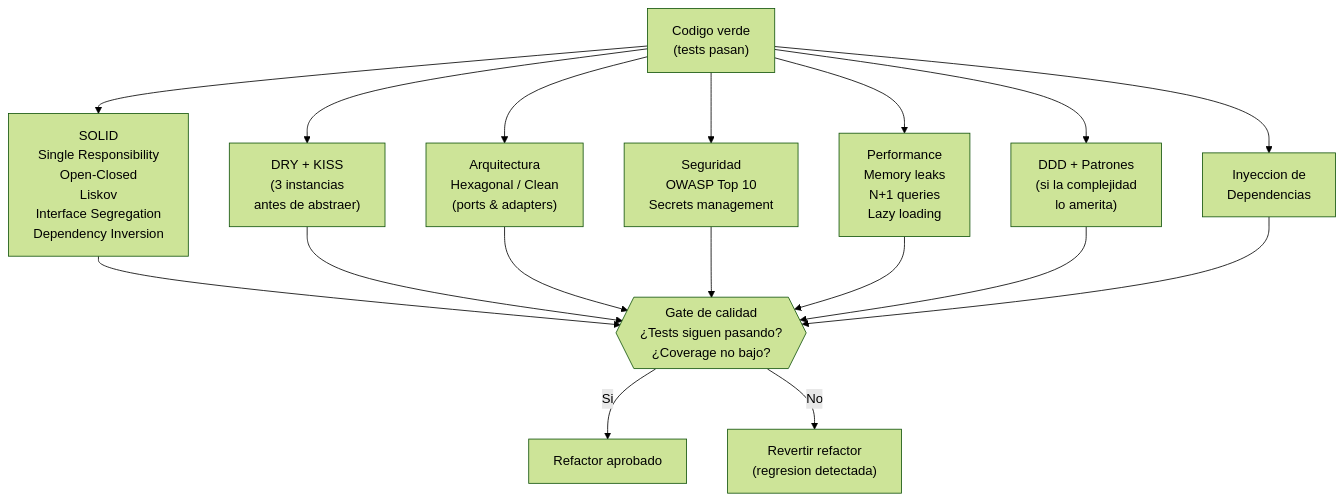
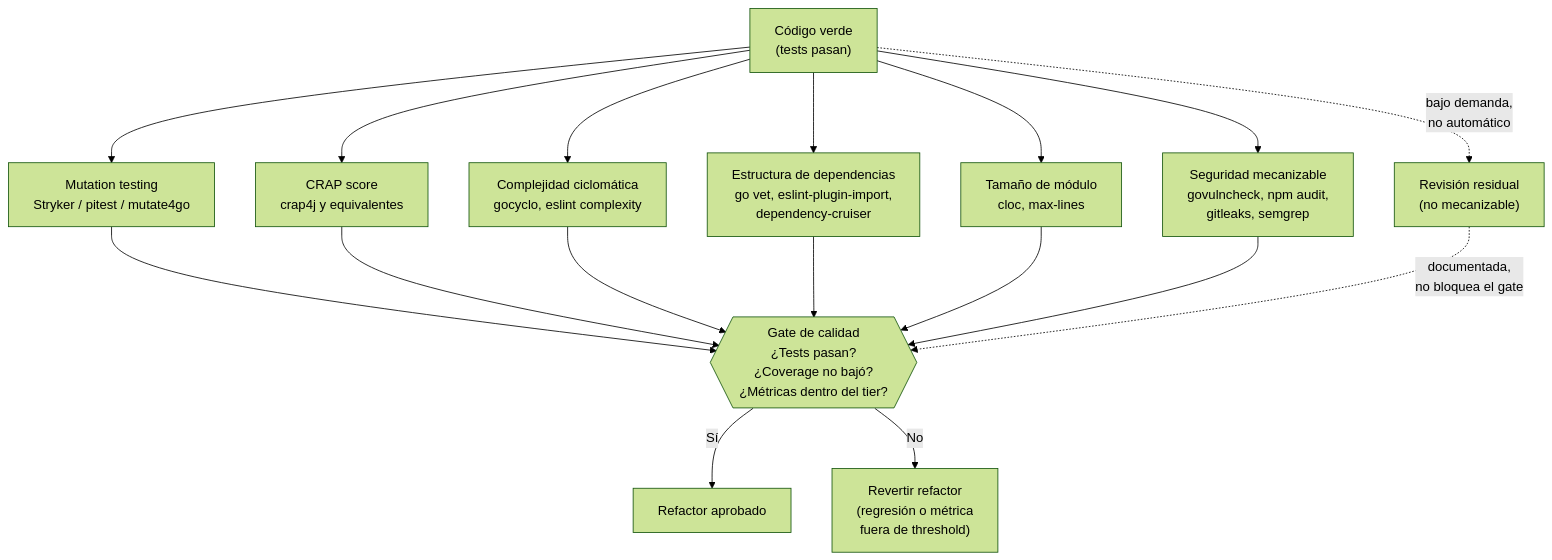
The diagram in docs/execution/refactor.md (virgenherrera/idea-to-mvp), drawn with Mermaid (forest theme) before and after one commit. The commit also changed other lines of this file and 10 other files, not shown here.

````diff
--- a/docs/execution/refactor.md
+++ b/docs/execution/refactor.md
@@ -38,24 +52,25 @@
 ```mermaid
 flowchart TD
-    CODE["Codigo verde\n(tests pasan)"]
+    CODE["Código verde\n(tests pasan)"]
 
-    CODE --> SOLID["SOLID\nSingle Responsibility\nOpen-Closed\nLiskov\nInterface Segregation\nDependency Inversion"]
-    CODE --> DRY_KISS["DRY + KISS\n(3 instancias\nantes de abstraer)"]
-    CODE --> ARCH["Arquitectura\nHexagonal / Clean\n(ports & adapters)"]
-    CODE --> SEC["Seguridad\nOWASP Top 10\nSecrets management"]
-    CODE --> PERF["Performance\nMemory leaks\nN+1 queries\nLazy loading"]
-    CODE --> DDD_P["DDD + Patrones\n(si la complejidad\nlo amerita)"]
-    CODE --> DI["Inyeccion de\nDependencias"]
+    CODE --> MUT["Mutation testing\nStryker / pitest / mutate4go"]
+    CODE --> CRAP["CRAP score\ncrap4j y equivalentes"]
+    CODE --> CYCLO["Complejidad ciclomática\ngocyclo, eslint complexity"]
+    CODE --> DEPS["Estructura de dependencias\ngo vet, eslint-plugin-import,\ndependency-cruiser"]
+    CODE --> SIZE["Tamaño de módulo\ncloc, max-lines"]
+    CODE --> SEC["Seguridad mecanizable\ngovulncheck, npm audit,\ngitleaks, semgrep"]
 
-    SOLID --> GATE
-    DRY_KISS --> GATE
-    ARCH --> GATE
+    MUT --> GATE
+    CRAP --> GATE
+    CYCLO --> GATE
+    DEPS --> GATE
+    SIZE --> GATE
     SEC --> GATE
-    PERF --> GATE
-    DDD_P --> GATE
-    DI --> GATE
 
-    GATE{{"Gate de calidad\n¿Tests siguen pasando?\n¿Coverage no bajo?"}}
-    GATE -->|"Si"| APPROVED["Refactor aprobado"]
-    GATE -->|"No"| REVERT["Revertir refactor\n(regresion detectada)"]
+    CODE -.->|"bajo demanda,\nno automático"| RESIDUAL["Revisión residual\n(no mecanizable)"]
+    RESIDUAL -.->|"documentada,\nno bloquea el gate"| GATE
+
+    GATE{{"Gate de calidad\n¿Tests pasan?\n¿Coverage no bajó?\n¿Métricas dentro del tier?"}}
+    GATE -->|"Sí"| APPROVED["Refactor aprobado"]
+    GATE -->|"No"| REVERT["Revertir refactor\n(regresión o métrica\nfuera de threshold)"]
 ```
````
